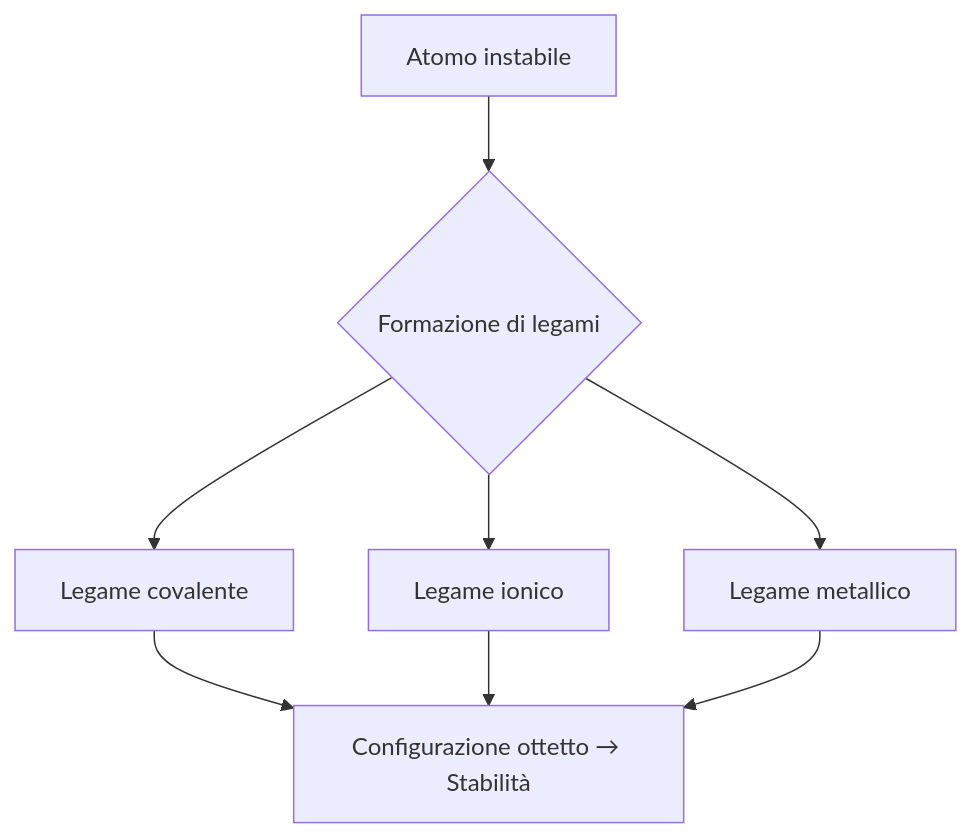
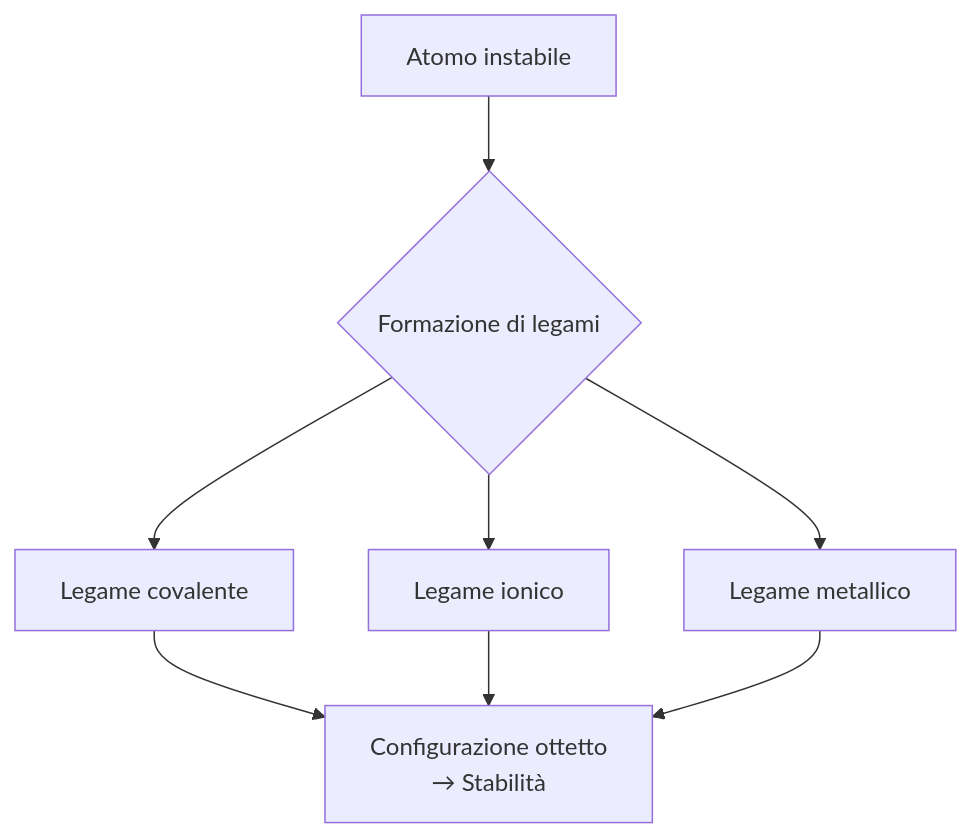
Before and after one commit to didattica/CodeCompendium: the first of 6 diagrams in Chimica/03-legami-chimici.md, drawn with Mermaid.

````diff
--- a/Chimica/03-legami-chimici.md
+++ b/Chimica/03-legami-chimici.md
@@ -77,8 +77,8 @@
 ```mermaid
 graph TD
     A[Atomo instabile] --> B{Formazione di legami}
     B --> C[Legame covalente]
     B --> D[Legame ionico]
     B --> E[Legame metallico]
-    C & D & E --> F[Configurazione ottetto → Stabilità]
+    C & D & E --> F[Configurazione ottetto <br>→ Stabilità]
 ```
````
